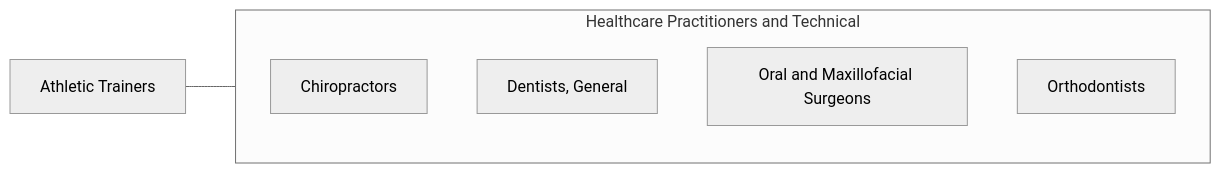
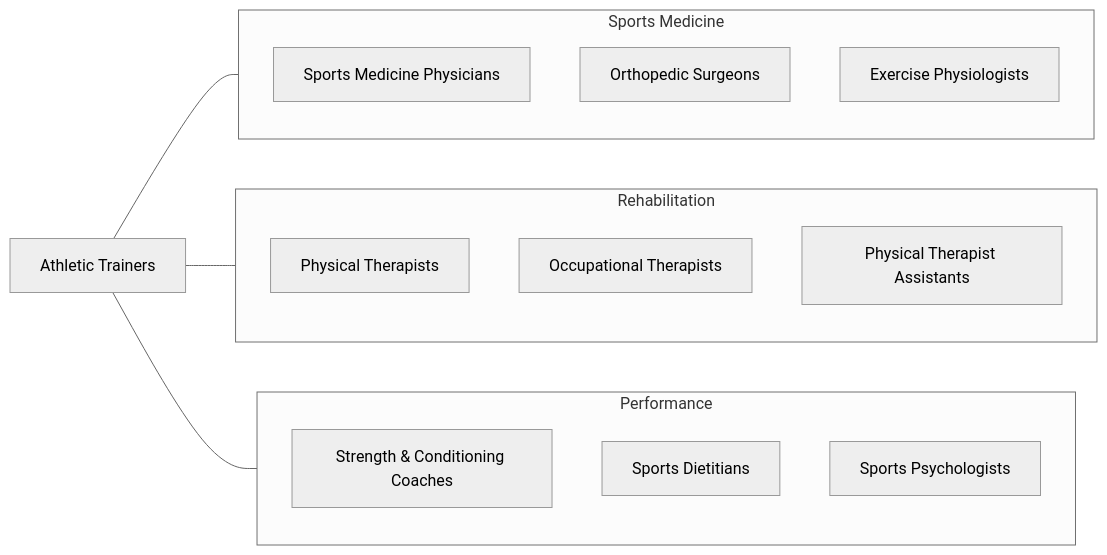
The fourth of 4 diagrams in occupations/HealthcarePractitioners/AthleticTrainers.mdx (kziemski/business.org.ai), drawn with Mermaid (neutral theme) before and after one commit. The commit also changed other lines of this file and 938 other files, not shown here.

````diff
--- a/occupations/HealthcarePractitioners/AthleticTrainers.mdx
+++ b/occupations/HealthcarePractitioners/AthleticTrainers.mdx
@@ -108,13 +220,26 @@
 ```mermaid
 graph LR
     Current["Athletic Trainers"]
 
-    subgraph SameCategory["Healthcare Practitioners and Technical"]
-        Chiropractors["Chiropractors"]
-        DentistsGeneral["Dentists, General"]
-        OralAndMaxillofacial["Oral and Maxillofacial Surgeons"]
-        Orthodontists["Orthodontists"]
+    subgraph SportsMedicine["Sports Medicine"]
+        SportsMD["Sports Medicine Physicians"]
+        OrthoSurg["Orthopedic Surgeons"]
+        ExPhys["Exercise Physiologists"]
     end
 
-    Current --- SameCategory
+    subgraph Rehabilitation["Rehabilitation"]
+        PT["Physical Therapists"]
+        OT["Occupational Therapists"]
+        PTA["Physical Therapist Assistants"]
+    end
+
+    subgraph Performance["Performance"]
+        SC["Strength & Conditioning Coaches"]
+        Nutritionist["Sports Dietitians"]
+        SportsPsych["Sports Psychologists"]
+    end
+
+    Current --- SportsMedicine
+    Current --- Rehabilitation
+    Current --- Performance
 ```
````
